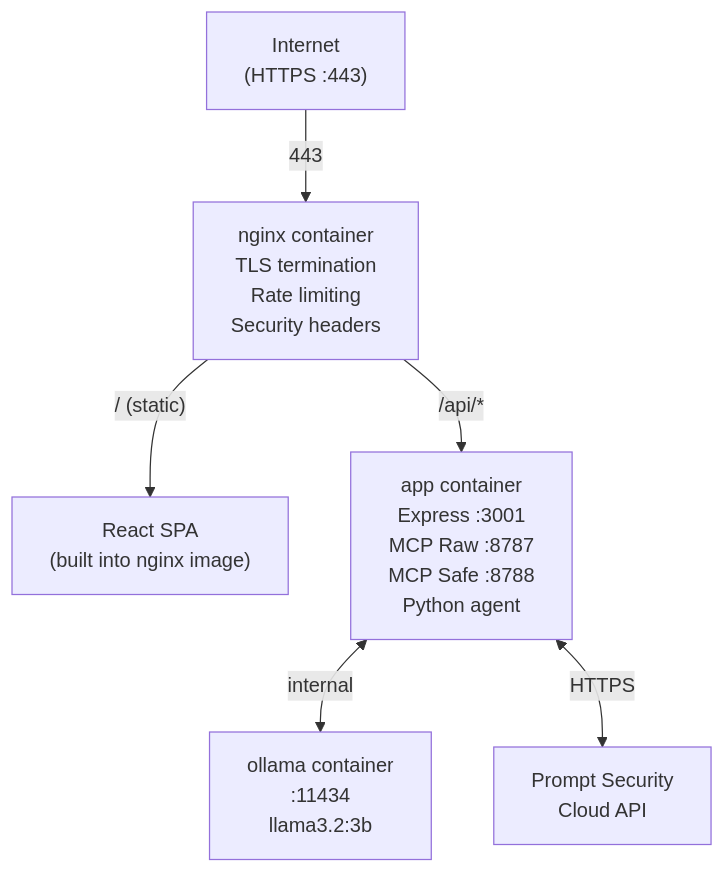
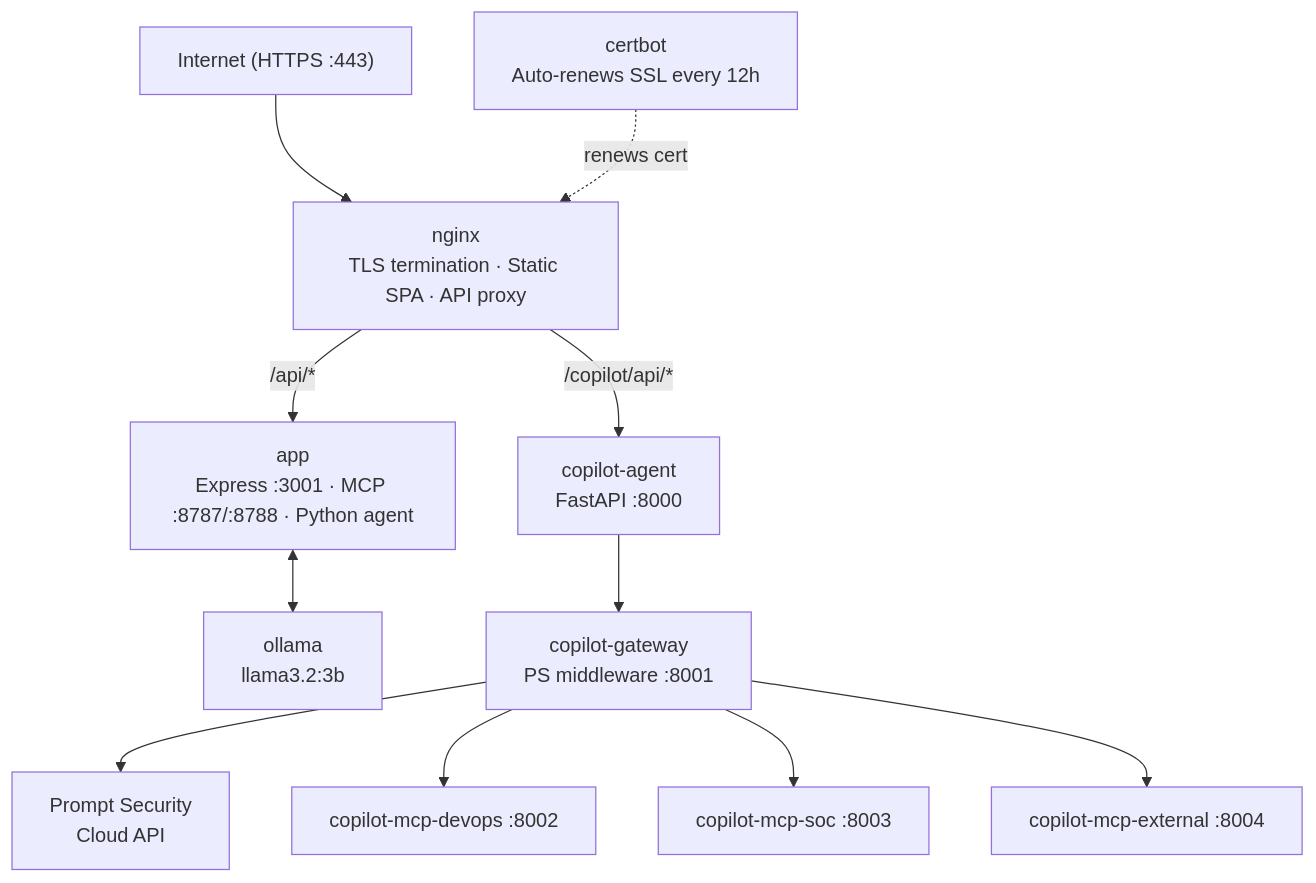
Before and after one commit to luykes/Ai-Sec-Demo: the second of 5 diagrams in README.md, drawn with Mermaid. The commit also changed other lines of this file, not shown here.

````diff
--- a/README.md
+++ b/README.md
@@ -75,15 +119,23 @@
 ```mermaid
 graph TD
-    Internet["Internet\n(HTTPS :443)"]
-    Nginx["nginx container\nTLS termination\nRate limiting\nSecurity headers"]
-    React["React SPA\n(built into nginx image)"]
-    App["app container\nExpress :3001\nMCP Raw :8787\nMCP Safe :8788\nPython agent"]
-    Ollama["ollama container\n:11434\nllama3.2:3b"]
-    PromptSec["Prompt Security\nCloud API"]
+    Internet["Internet (HTTPS :443)"]
+    Nginx["nginx\nTLS termination · Static SPA · API proxy"]
+    App["app\nExpress :3001 · MCP :8787/:8788 · Python agent"]
+    Ollama["ollama\nllama3.2:3b"]
+    Certbot["certbot\nAuto-renews SSL every 12h"]
+    Agent["copilot-agent\nFastAPI :8000"]
+    GW["copilot-gateway\nPS middleware :8001"]
+    MCP1["copilot-mcp-devops :8002"]
+    MCP2["copilot-mcp-soc :8003"]
+    MCP3["copilot-mcp-external :8004"]
+    PS["Prompt Security\nCloud API"]
 
-    Internet -->|443| Nginx
-    Nginx -->|"/ (static)"| React
+    Internet --> Nginx
     Nginx -->|"/api/*"| App
-    App <-->|internal| Ollama
-    App <-->|HTTPS| PromptSec
+    Nginx -->|"/copilot/api/*"| Agent
+    App <--> Ollama
+    Agent --> GW
+    GW --> PS
+    GW --> MCP1 & MCP2 & MCP3
+    Certbot -.->|renews cert| Nginx
 ```
````
